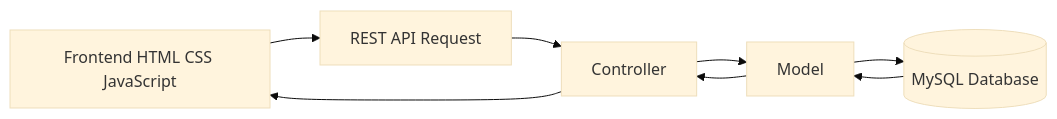
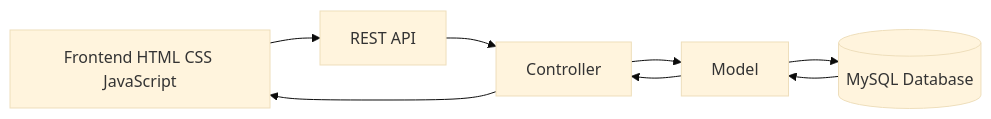
Before and after one commit to LwinKo-kun/SMS-MVC: the second of 5 diagrams in README.md, drawn with Mermaid (base theme). The commit also changed other lines of this file, not shown here.

````diff
--- a/README.md
+++ b/README.md
@@ -47,16 +42,16 @@
 ```mermaid
 flowchart LR
 
 A[Frontend HTML CSS JavaScript]
---> B[REST API Request]
+--> B[REST API]
 
 B --> C[Controller]
 
 C --> D[Model]
 
 D --> E[(MySQL Database)]
 
 E --> D
 D --> C
 C --> A
 ```
````
